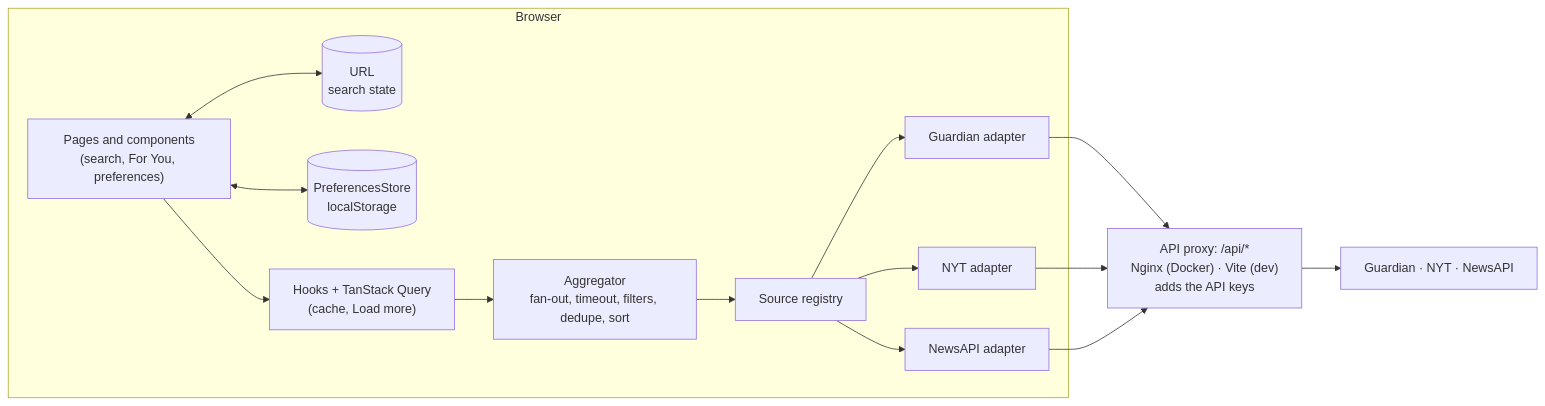
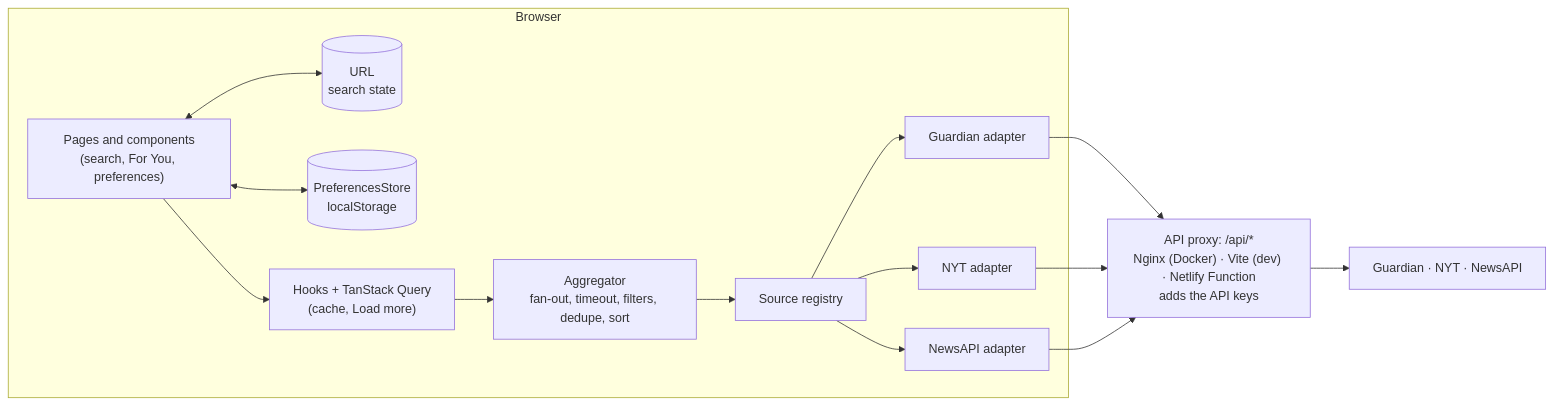
Before and after one commit to hamdi-karim/NewsLens: the diagram in README.md, drawn with Mermaid. The commit also changed other lines of this file, not shown here.

Commit message:
docs: add Netlify deploy notes

````diff
--- a/README.md
+++ b/README.md
@@ -87,22 +97,22 @@
 ```mermaid
 flowchart LR
   subgraph Browser
     UI["Pages and components<br/>(search, For You, preferences)"]
     URL[("URL<br/>search state")]
     Prefs[("PreferencesStore<br/>localStorage")]
     Hooks["Hooks + TanStack Query<br/>(cache, Load more)"]
     Agg["Aggregator<br/>fan-out, timeout, filters, dedupe, sort"]
     Reg["Source registry"]
     G["Guardian adapter"]
     N["NYT adapter"]
     A["NewsAPI adapter"]
   end
-  Proxy["API proxy: /api/*<br/>Nginx (Docker) · Vite (dev)<br/>adds the API keys"]
+  Proxy["API proxy: /api/*<br/>Nginx (Docker) · Vite (dev) · Netlify Function<br/>adds the API keys"]
   APIs["Guardian · NYT · NewsAPI"]
 
   UI <--> URL
   UI <--> Prefs
   UI --> Hooks --> Agg --> Reg
   Reg --> G & N & A
   G & N & A --> Proxy --> APIs
 ```
````
